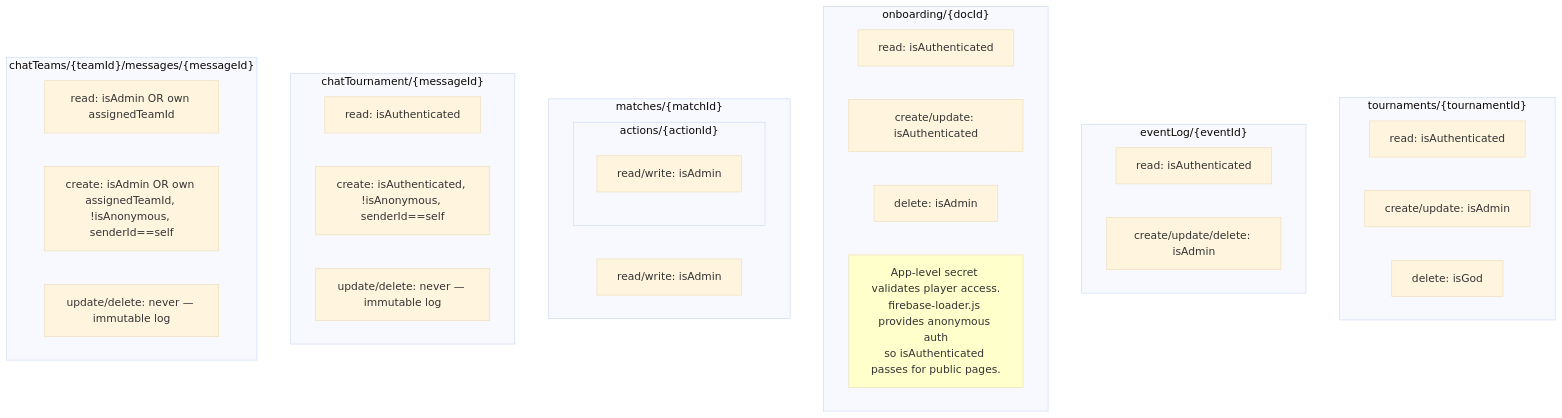
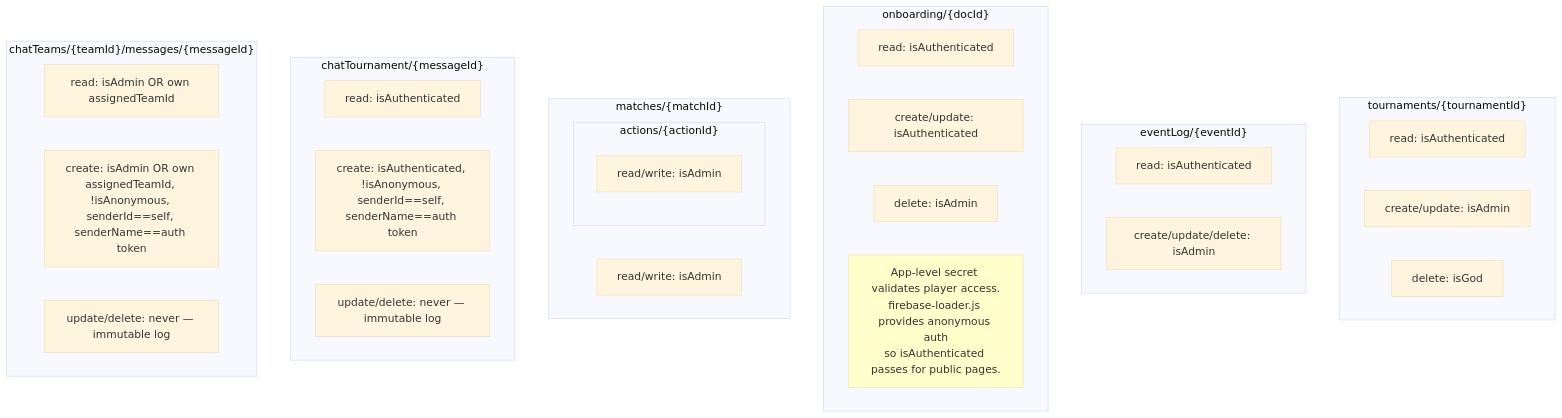
One commit to LNiitlahti/BoardGame changed the third of 5 diagrams in BoardGame/docs/architecture/firestore-rules.md. Above: the diagram before and after it, drawn with Mermaid (base theme). The commit also changed other lines of this file and 1 other file, not shown here.

Commit message:
Coerce teamId to string in ChatModule, validate senderName server-side, fix doc table

````diff
--- a/BoardGame/docs/architecture/firestore-rules.md
+++ b/BoardGame/docs/architecture/firestore-rules.md
@@ -70,41 +70,41 @@
 ```mermaid
 flowchart TD
     subgraph "tournaments/{tournamentId}"
         T_R["read: isAuthenticated"]
         T_CU["create/update: isAdmin"]
         T_D["delete: isGod"]
     end
 
     subgraph "eventLog/{eventId}"
         E_R["read: isAuthenticated"]
         E_CUD["create/update/delete: isAdmin"]
     end
 
     subgraph "onboarding/{docId}"
         O_R["read: isAuthenticated"]
         O_CU["create/update: isAuthenticated"]
         O_D["delete: isAdmin"]
         O_NOTE["App-level secret validates player access.<br/>firebase-loader.js provides anonymous auth<br/>so isAuthenticated passes for public pages."]
     end
 
     subgraph "matches/{matchId}"
         M_ALL["read/write: isAdmin"]
         subgraph "actions/{actionId}"
             A_ALL["read/write: isAdmin"]
         end
     end
 
     subgraph "chatTournament/{messageId}"
         CT_R["read: isAuthenticated"]
-        CT_C["create: isAuthenticated, !isAnonymous, senderId==self"]
+        CT_C["create: isAuthenticated, !isAnonymous, senderId==self, senderName==auth token"]
         CT_UD["update/delete: never — immutable log"]
     end
 
     subgraph "chatTeams/{teamId}/messages/{messageId}"
         CTeam_R["read: isAdmin OR own assignedTeamId"]
-        CTeam_C["create: isAdmin OR own assignedTeamId, !isAnonymous, senderId==self"]
+        CTeam_C["create: isAdmin OR own assignedTeamId, !isAnonymous, senderId==self, senderName==auth token"]
         CTeam_UD["update/delete: never — immutable log"]
     end
 
     style O_NOTE fill:#ffffcc
 ```
````
